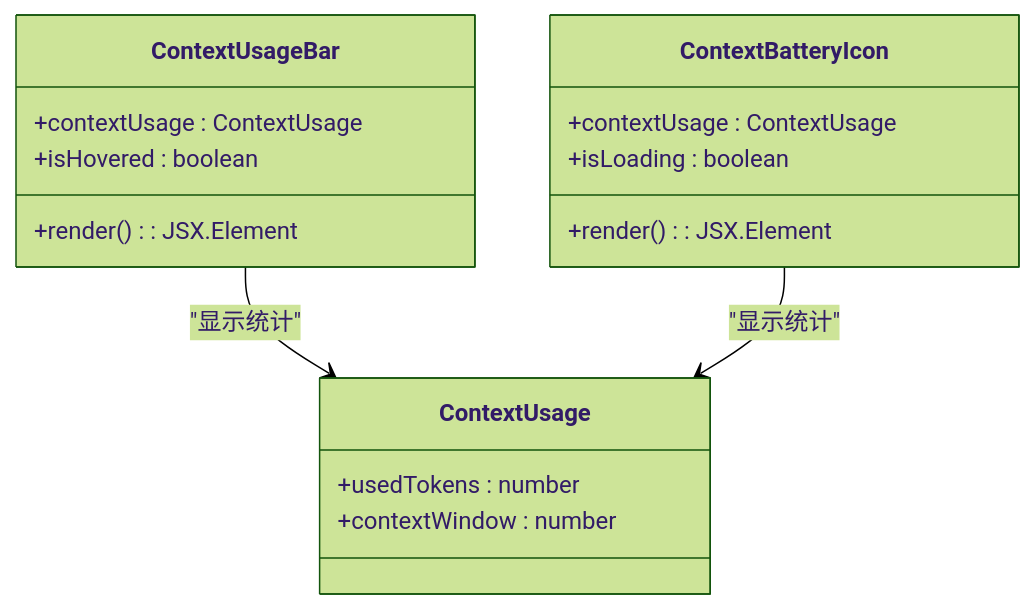
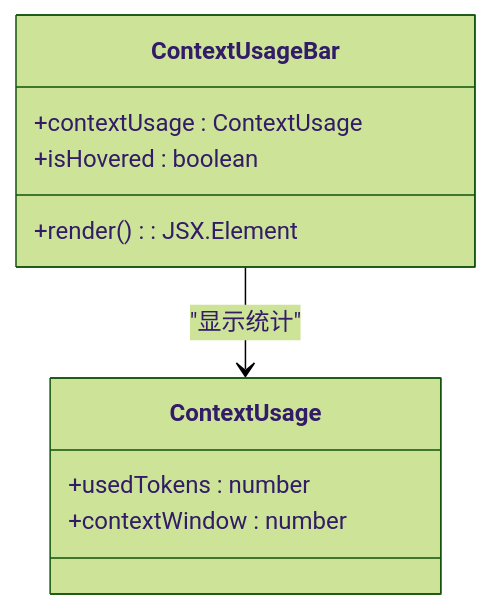
One commit to KunLabAI/KunFlix changed the eighth of 12 diagrams in .qoder/repowiki/zh/content/前端应用架构/UI组件库/画布组件系统/AI助手面板.md. Above: the diagram before and after it, drawn with Mermaid (forest theme). The commit also changed other lines of this file and 9 other files, not shown here.

````diff
--- a/.qoder/repowiki/zh/content/前端应用架构/UI组件库/画布组件系统/AI助手面板.md
+++ b/.qoder/repowiki/zh/content/前端应用架构/UI组件库/画布组件系统/AI助手面板.md
@@ -317,19 +388,13 @@
 ```mermaid
 classDiagram
 class ContextUsageBar {
 +contextUsage : ContextUsage
 +isHovered : boolean
 +render() : JSX.Element
 }
 class ContextUsage {
 +usedTokens : number
 +contextWindow : number
 }
-class ContextBatteryIcon {
-+contextUsage : ContextUsage
-+isLoading : boolean
-+render() : JSX.Element
-}
 ContextUsageBar --> ContextUsage : "显示统计"
-ContextBatteryIcon --> ContextUsage : "显示统计"
 ```
````
